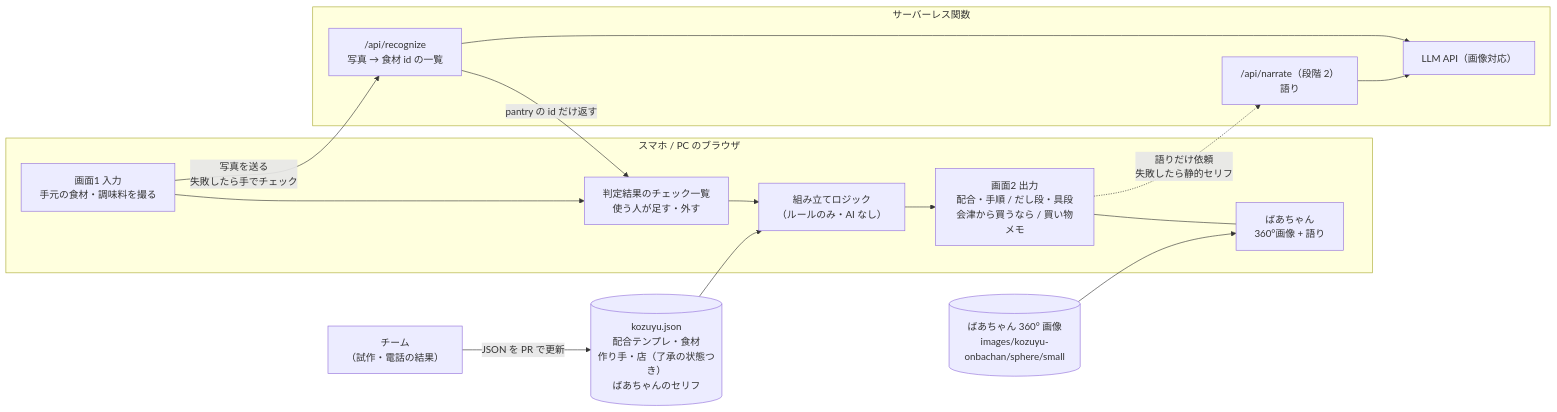
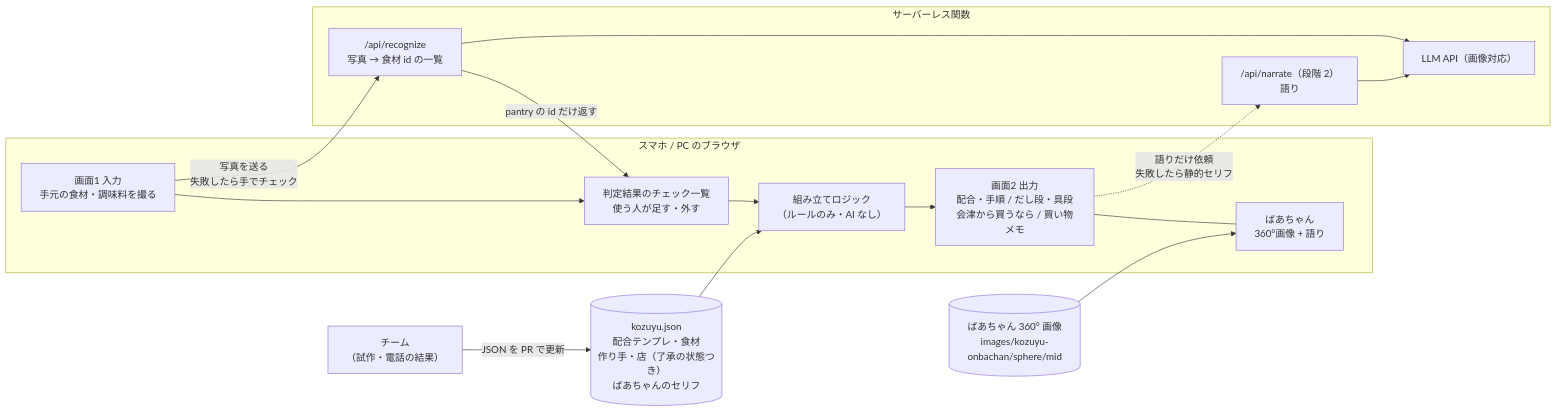
Before and after one commit to ashilal1/aict_hackathon_2026: the diagram in docs/architecture.md, drawn with Mermaid. The commit also changed other lines of this file and 103 other files, not shown here.

First line of the commit message:
feat(app): rebuild the flow around cooking styles with an Aizu lacquer look

````diff
--- a/docs/architecture.md
+++ b/docs/architecture.md
@@ -26,31 +26,31 @@
 ```mermaid
 flowchart LR
   subgraph Browser["スマホ / PC のブラウザ"]
     PHOTO["画面1 入力<br/>手元の食材・調味料を撮る"]
     IN["判定結果のチェック一覧<br/>使う人が足す・外す"]
     LOGIC["組み立てロジック<br/>（ルールのみ・AI なし）"]
     PHOTO --> IN
     OUT["画面2 出力<br/>配合・手順 / だし段・具段<br/>会津から買うなら / 買い物メモ"]
     GRANNY["ばあちゃん<br/>360°画像 + 語り"]
     IN --> LOGIC --> OUT
     OUT --- GRANNY
   end
 
   DATA[("kozuyu.json<br/>配合テンプレ・食材<br/>作り手・店（了承の状態つき）<br/>ばあちゃんのセリフ")]
-  IMG[("ばあちゃん 360° 画像<br/>images/kozuyu-onbachan/sphere/small")]
+  IMG[("ばあちゃん 360° 画像<br/>images/kozuyu-onbachan/sphere/mid")]
   DATA --> LOGIC
   IMG --> GRANNY
 
   subgraph Server["サーバーレス関数"]
     REC["/api/recognize<br/>写真 → 食材 id の一覧"]
     API["/api/narrate（段階 2）<br/>語り"]
     LLM["LLM API（画像対応）"]
     REC --> LLM
     API --> LLM
   end
   PHOTO -- "写真を送る<br/>失敗したら手でチェック" --> REC
   REC -- "pantry の id だけ返す" --> IN
   OUT -. "語りだけ依頼<br/>失敗したら静的セリフ" .-> API
 
   TEAM["チーム<br/>（試作・電話の結果）"] -- "JSON を PR で更新" --> DATA
 ```
````
